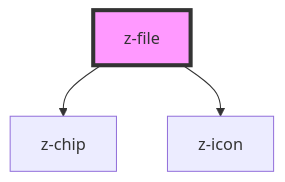
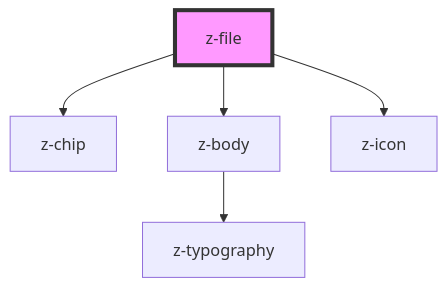
Before and after one commit to ZanichelliEditore/design-system: the diagram in src/components/file-upload/z-file/readme.md, drawn with Mermaid. The commit also changed other lines of this file and 4 other files, not shown here.

````diff
--- a/src/components/file-upload/z-file/readme.md
+++ b/src/components/file-upload/z-file/readme.md
@@ -23,6 +24,8 @@
 ```mermaid
 graph TD;
   z-file --> z-chip
+  z-file --> z-body
   z-file --> z-icon
+  z-body --> z-typography
   style z-file fill:#f9f,stroke:#333,stroke-width:4px
 ```
````
